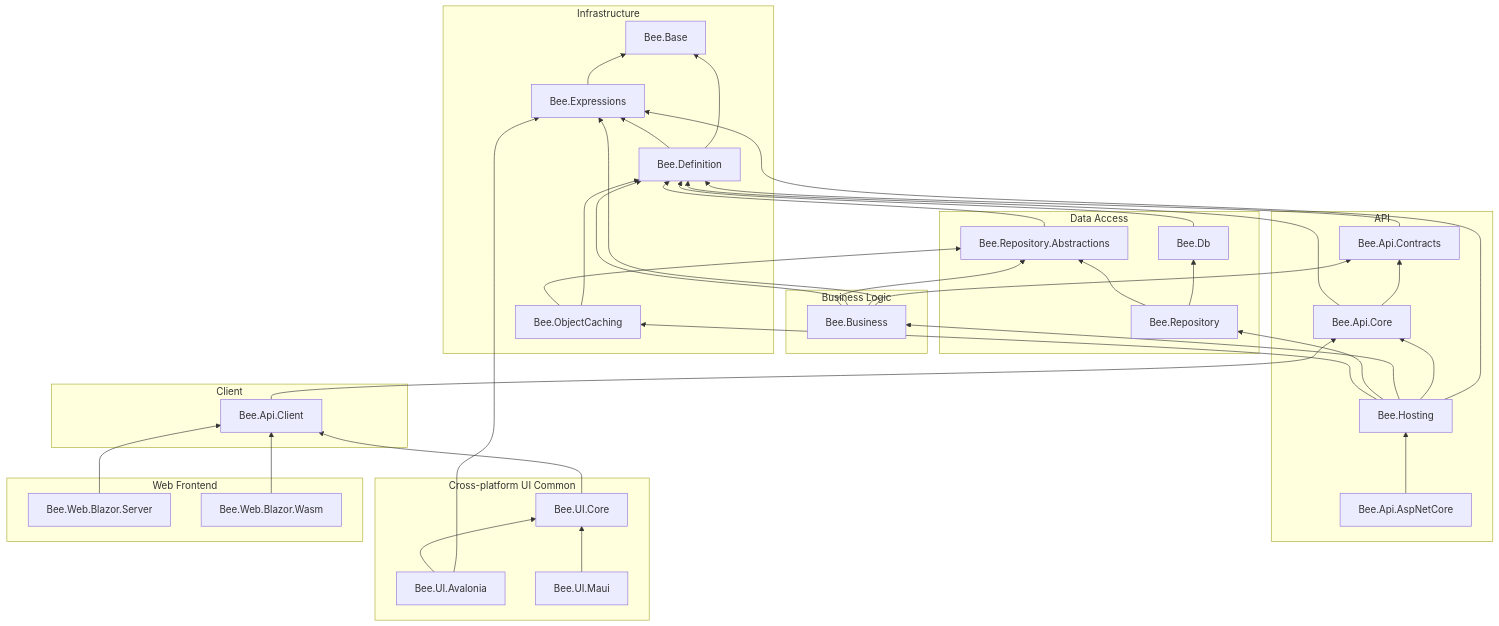
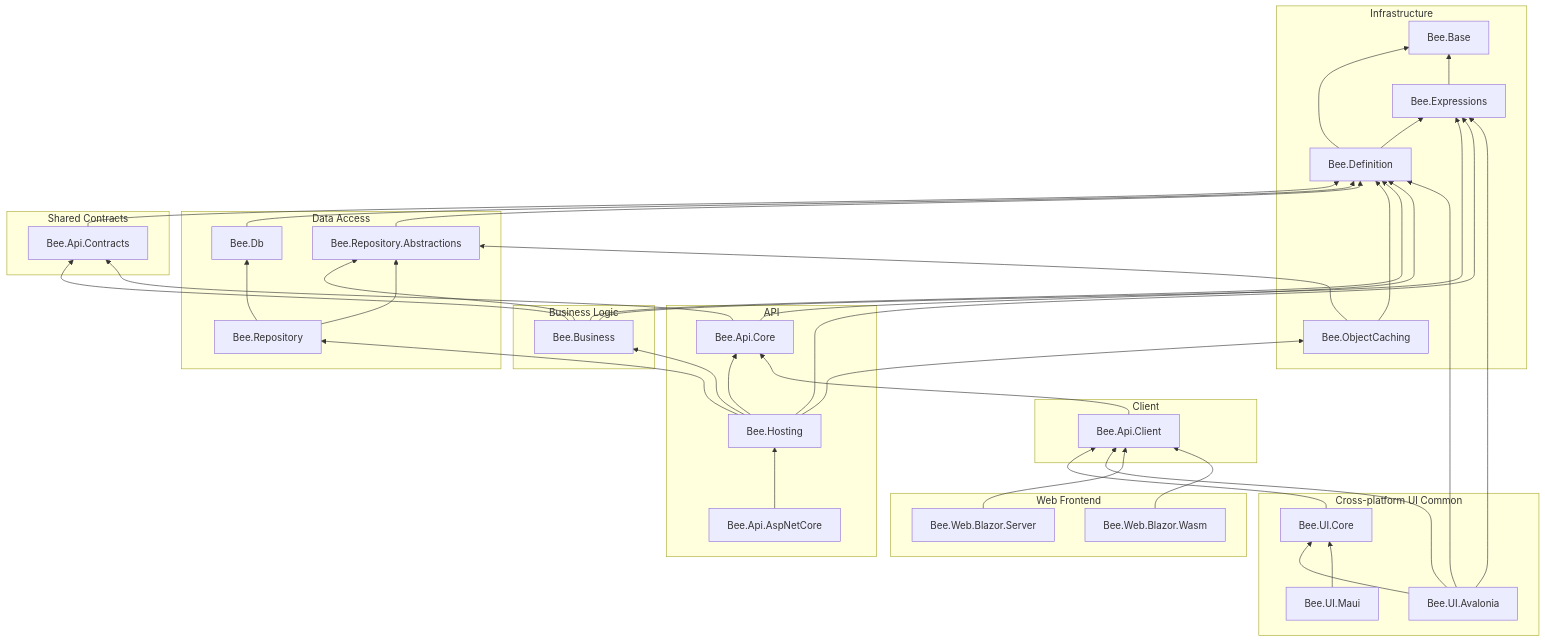
The diagram in docs/dependency-map.md (jeff377/bee-library), drawn with Mermaid before and after one commit. The commit also changed other lines of this file and 6 other files, not shown here.

````diff
--- a/docs/dependency-map.md
+++ b/docs/dependency-map.md
@@ -11,71 +11,76 @@
 ```mermaid
 graph BT
   subgraph Infrastructure
     Base["Bee.Base"]
     Expressions["Bee.Expressions"]
     Definition["Bee.Definition"]
     Caching["Bee.ObjectCaching"]
   end
 
   subgraph DataAccess [Data Access]
     RepoAbs["Bee.Repository.Abstractions"]
     Db["Bee.Db"]
     Repo["Bee.Repository"]
   end
 
   subgraph BusinessLogic [Business Logic]
     Business["Bee.Business"]
   end
 
+  subgraph SharedContracts [Shared Contracts]
+    Contracts["Bee.Api.Contracts"]
+  end
+
   subgraph API
-    Contracts["Bee.Api.Contracts"]
     Core["Bee.Api.Core"]
     Hosting["Bee.Hosting"]
     AspNet["Bee.Api.AspNetCore"]
   end
 
   subgraph ClientLayer [Client]
     Client["Bee.Api.Client"]
   end
 
   subgraph CrossPlatformUI [Cross-platform UI Common]
     UICore["Bee.UI.Core"]
     UIAvalonia["Bee.UI.Avalonia"]
     UIMaui["Bee.UI.Maui"]
   end
 
   subgraph WebFrontend [Web Frontend]
     BlazorSrv["Bee.Web.Blazor.Server"]
     BlazorWasm["Bee.Web.Blazor.Wasm"]
   end
 
   Definition --> Base
   Expressions --> Base
   Definition --> Expressions
   Business --> Expressions
   Hosting --> Expressions
   UIAvalonia --> Expressions
   Contracts --> Definition
   Db --> Definition
   RepoAbs --> Definition
   Caching --> Definition
   Caching --> RepoAbs
   Business --> Contracts
   Business --> Definition
   Business --> RepoAbs
   Repo --> Db
   Repo --> RepoAbs
   Core --> Contracts
   Core --> Definition
   Hosting --> Core
   Hosting --> Business
   Hosting --> Repo
   Hosting --> Caching
   AspNet --> Hosting
   Client --> Core
   UICore --> Client
   UIAvalonia --> UICore
+  UIAvalonia --> Client
+  UIAvalonia --> Definition
   UIMaui --> UICore
   BlazorSrv --> Client
   BlazorWasm --> Client
 ```
````
